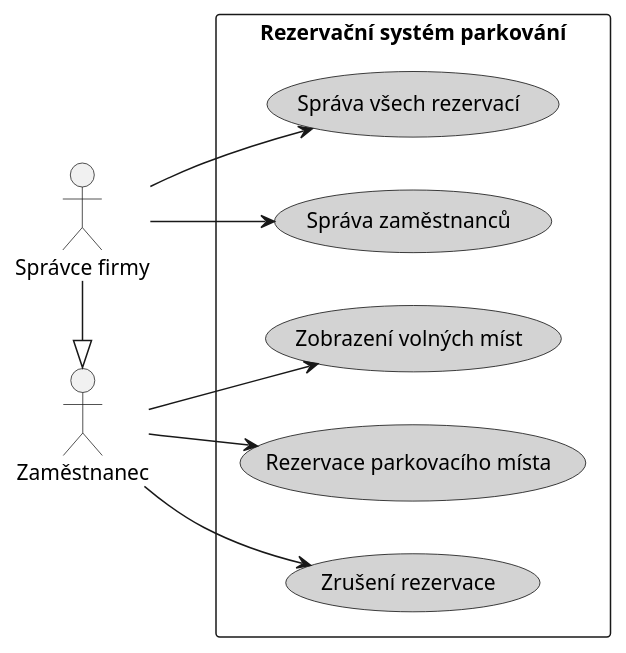
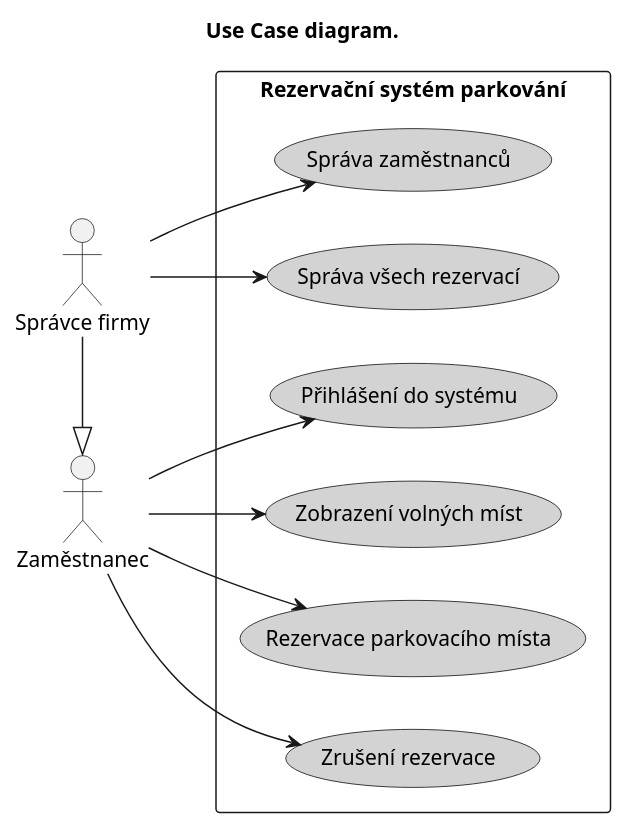
The diagram in docs/diagramy/use-case.puml (AidenCze/SWI-Project), drawn with PlantUML before and after one commit.

Commit message:
Add login use case to the reservation system diagram

```diff
--- a/docs/diagramy/use-case.puml
+++ b/docs/diagramy/use-case.puml
@@ -2,38 +1,44 @@
 @startuml
+title Use Case diagram.
+
 left to right direction
 skinparam packageStyle rectangle
 
 ' Nastavení barev
 skinparam usecase {
     BackgroundColor LightGray
     BorderColor Black
 }
 
 actor "Zaměstnanec" as emp
 actor "Správce firmy" as admin
 
 ' Správce dědí práva od zaměstnance
 admin -|> emp
 
 rectangle "Rezervační systém parkování" {
     
+    ' Společný Use Case
+    usecase "Přihlášení do systému" as login
+    
     ' Use Casy Zaměstnance
     usecase "Zobrazení volných míst" as view
     usecase "Rezervace parkovacího místa" as reserve
     usecase "Zrušení rezervace" as cancel
     
     ' Specifické Use Casy pouze pro Správce
     usecase "Správa zaměstnanců" as manage_emps
     usecase "Správa všech rezervací" as manage_all_res
 }
 
 ' Propojení aktéra Zaměstnanec
+emp --> login
 emp --> view
 emp --> reserve
 emp --> cancel
 
 ' Propojení aktéra Správce (zbytek dědí)
 admin --> manage_emps
 admin --> manage_all_res
 
 @enduml
```
